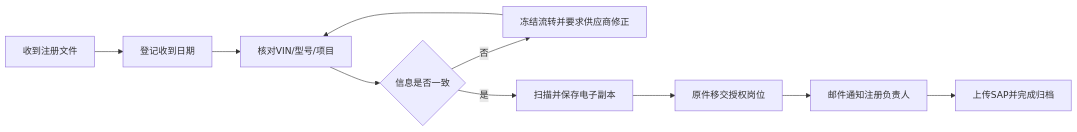
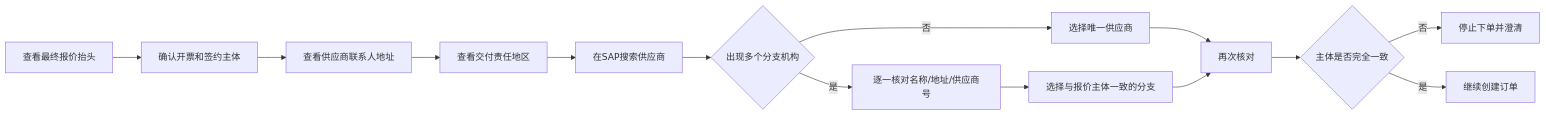
Diagram 16 of 52 in README.md (giengenbw/chassisprocess), drawn with Mermaid before and after one commit. The commit also changed other lines of this file, not shown here.

````diff
--- a/README.md
+++ b/README.md
@@ -732,12 +341,16 @@
 ```mermaid
 flowchart LR
-    A[收到注册文件] --> B[登记收到日期]
-    B --> C[核对VIN/型号/项目]
-    C --> D{信息是否一致}
-    D -->|否| E[冻结流转并要求供应商修正]
-    E --> C
-    D -->|是| F[扫描并保存电子副本]
-    F --> G[原件移交授权岗位]
-    G --> H[邮件通知注册负责人]
-    H --> I[上传SAP并完成归档]
+    A[查看最终报价抬头] --> B[确认开票和签约主体]
+    B --> C[查看供应商联系人地址]
+    C --> D[查看交付责任地区]
+    D --> E[在SAP搜索供应商]
+    E --> F{出现多个分支机构}
+    F -->|是| G[逐一核对名称/地址/供应商号]
+    F -->|否| H[选择唯一供应商]
+    G --> I[选择与报价主体一致的分支]
+    H --> J[再次核对]
+    I --> J
+    J --> K{主体是否完全一致}
+    K -->|否| L[停止下单并澄清]
+    K -->|是| M[继续创建订单]
 ```
````
